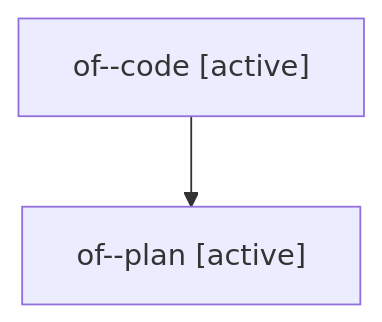
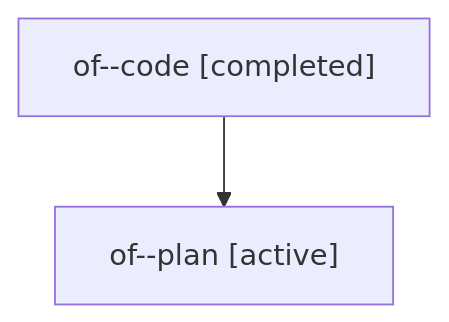
The diagram in families/bbugyi200.athena.of.md (sase-org/sase--agents), drawn with Mermaid before and after one commit. The commit also changed other lines of this file and 5813 other files, not shown here.

````diff
--- a/families/bbugyi200.athena.of.md
+++ b/families/bbugyi200.athena.of.md
@@ -9,6 +9,6 @@
 ```mermaid
 flowchart TD
-  n0["of--code [active]"]
+  n0["of--code [completed]"]
   n1["of--plan [active]"]
   n0 --> n1
 ```
````
